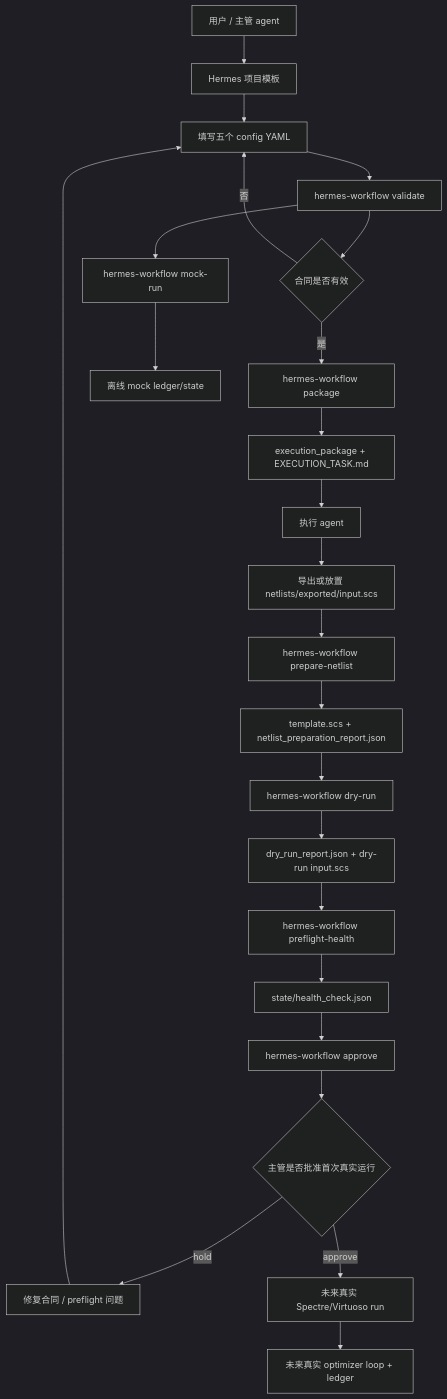
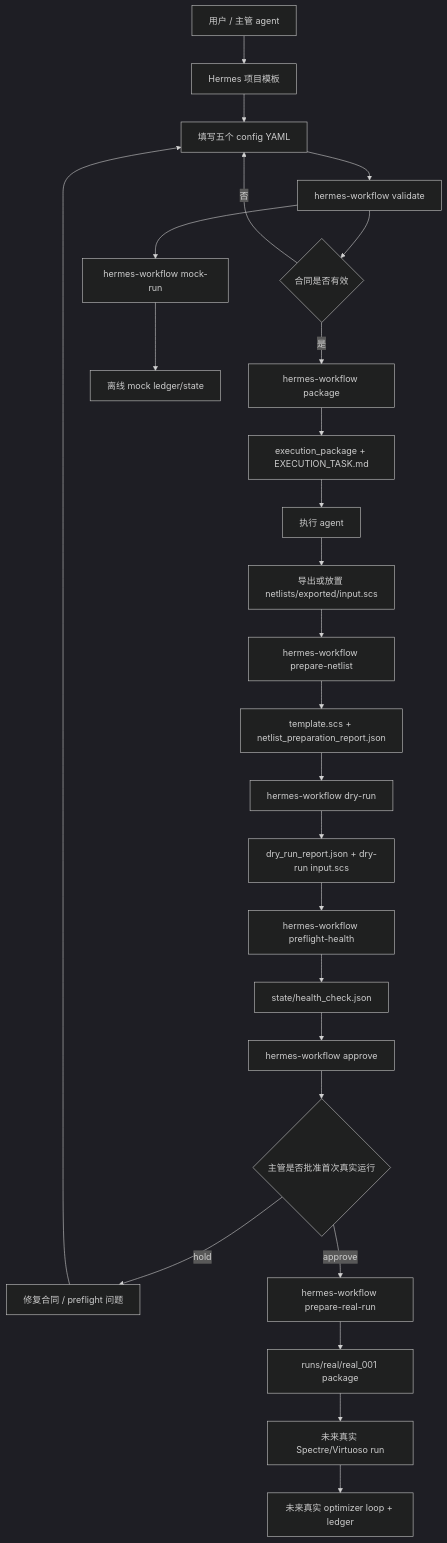
Before and after one commit to HAIDERZz/IC-opt-workflow: the diagram in docs/PROJECT_WORKFLOW_OVERVIEW.md, drawn with Mermaid (dark theme). The commit also changed other lines of this file and 5 other files, not shown here.

Commit message:
docs: record real run package progress

````diff
--- a/docs/PROJECT_WORKFLOW_OVERVIEW.md
+++ b/docs/PROJECT_WORKFLOW_OVERVIEW.md
@@ -25,26 +25,28 @@
 ```mermaid
 flowchart TD
     A[用户 / 主管 agent] --> B[Hermes 项目模板]
     B --> C[填写五个 config YAML]
     C --> D[hermes-workflow validate]
     D --> E{合同是否有效}
     E -- 否 --> C
     E -- 是 --> K[hermes-workflow package]
     K --> L[execution_package + EXECUTION_TASK.md]
     L --> M[执行 agent]
     M --> F[导出或放置 netlists/exported/input.scs]
     F --> G[hermes-workflow prepare-netlist]
     G --> H[template.scs + netlist_preparation_report.json]
     H --> I[hermes-workflow dry-run]
     I --> J[dry_run_report.json + dry-run input.scs]
     J --> N[hermes-workflow preflight-health]
     N --> O[state/health_check.json]
     O --> P[hermes-workflow approve]
     P --> Q{主管是否批准首次真实运行}
     Q -- hold --> R[修复合同 / preflight 问题]
     R --> C
-    Q -- approve --> S[未来真实 Spectre/Virtuoso run]
+    Q -- approve --> W[hermes-workflow prepare-real-run]
+    W --> X[runs/real/real_001 package]
+    X --> S[未来真实 Spectre/Virtuoso run]
     S --> T[未来真实 optimizer loop + ledger]
     D --> U[hermes-workflow mock-run]
     U --> V[离线 mock ledger/state]
 ```
````
